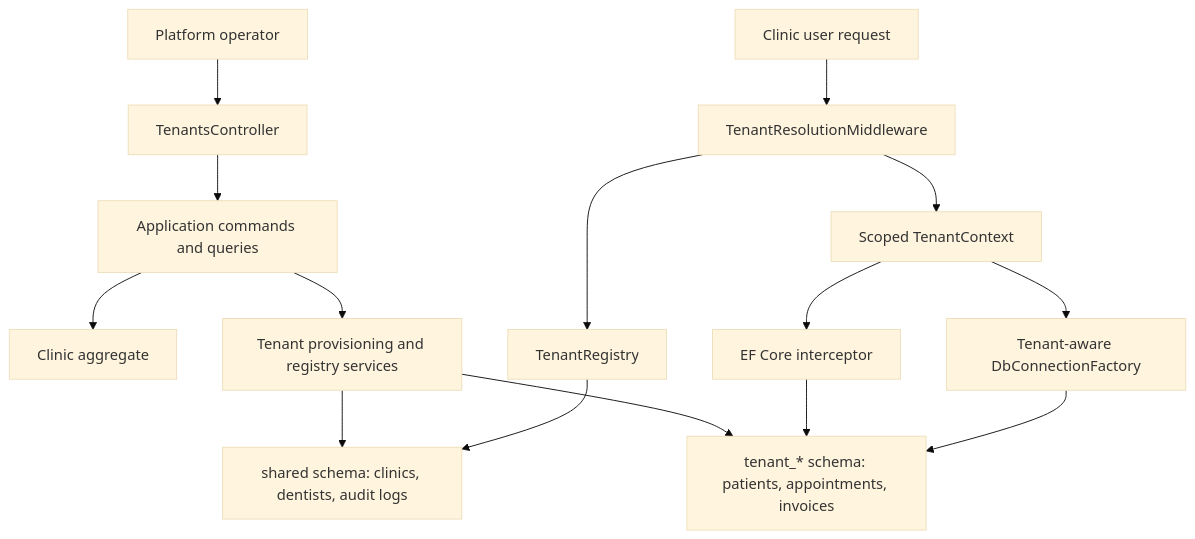
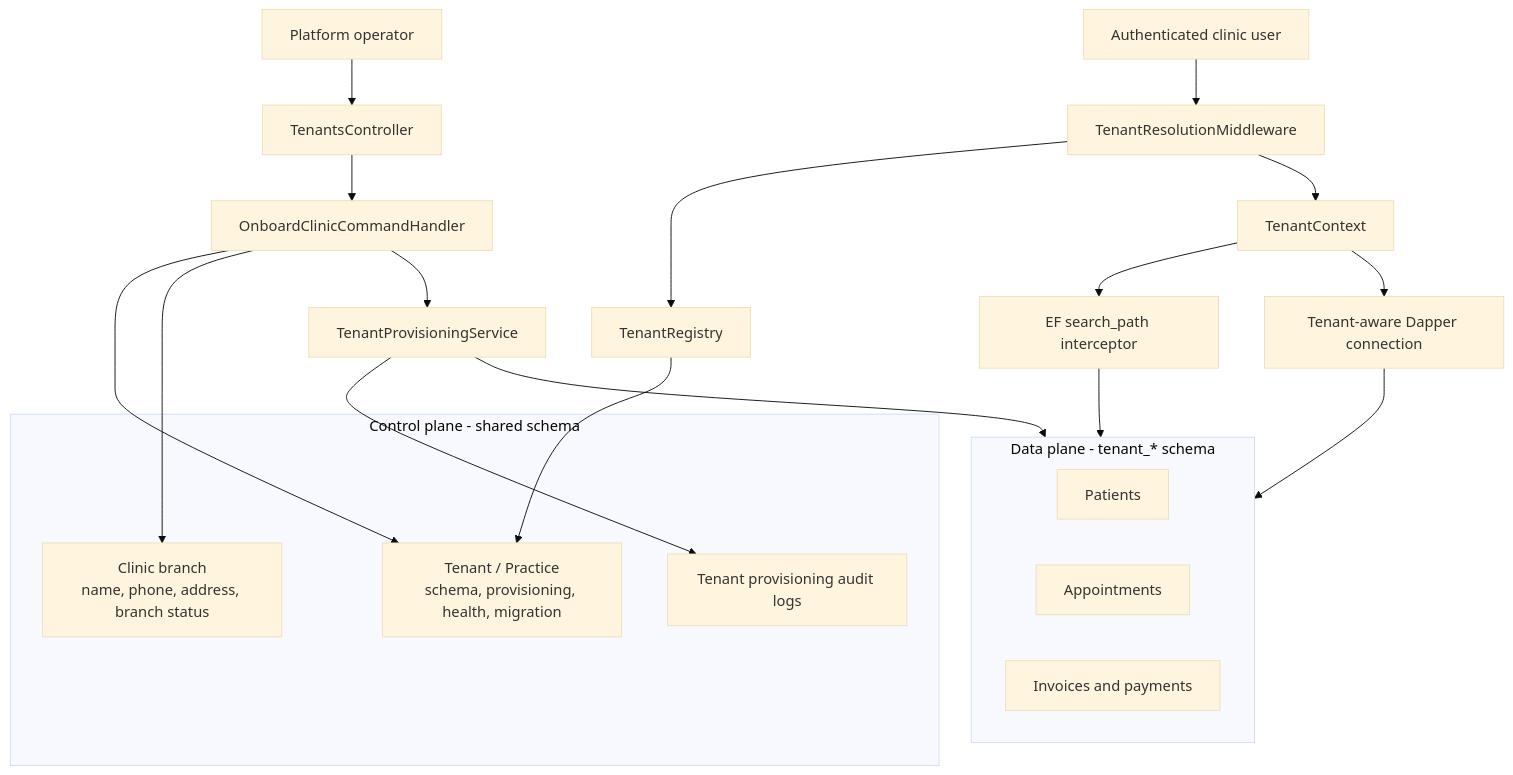
Before and after one commit to Bishoy-Mmb/CliniKey: the diagram in learning-journey/003-tenant-provisioning/README.md, drawn with Mermaid (base theme). The commit also changed other lines of this file and 2 other files, not shown here.

First line of the commit message:
Document tenant provisioning flow

````diff
--- a/learning-journey/003-tenant-provisioning/README.md
+++ b/learning-journey/003-tenant-provisioning/README.md
@@ -77,18 +49,31 @@
 ```mermaid
 flowchart TB
-    Operator["Platform operator"] --> API["TenantsController"]
-    API --> App["Application commands and queries"]
-    App --> Domain["Clinic aggregate"]
-    App --> Infra["Tenant provisioning and registry services"]
-    Infra --> Shared["shared schema: clinics, dentists, audit logs"]
-    Infra --> Tenant["tenant_* schema: patients, appointments, invoices"]
+    subgraph Control["Control plane - shared schema"]
+        Tenant["Tenant / Practice<br/>schema, provisioning, health, migration"]
+        Clinic["Clinic branch<br/>name, phone, address, branch status"]
+        Audit["Tenant provisioning audit logs"]
+    end
 
-    User["Clinic user request"] --> Middleware["TenantResolutionMiddleware"]
+    subgraph Data["Data plane - tenant_* schema"]
+        Patients["Patients"]
+        Appointments["Appointments"]
+        Billing["Invoices and payments"]
+    end
+
+    Operator["Platform operator"] --> Controller["TenantsController"]
+    Controller --> Onboard["OnboardClinicCommandHandler"]
+    Onboard --> Tenant
+    Onboard --> Clinic
+    Onboard --> Provision["TenantProvisioningService"]
+    Provision --> Data
+    Provision --> Audit
+
+    User["Authenticated clinic user"] --> Middleware["TenantResolutionMiddleware"]
     Middleware --> Registry["TenantRegistry"]
-    Registry --> Shared
-    Middleware --> Context["Scoped TenantContext"]
-    Context --> EF["EF Core interceptor"]
-    Context --> Dapper["Tenant-aware DbConnectionFactory"]
-    EF --> Tenant
-    Dapper --> Tenant
+    Registry --> Tenant
+    Middleware --> Context["TenantContext"]
+    Context --> Ef["EF search_path interceptor"]
+    Context --> Dapper["Tenant-aware Dapper connection"]
+    Ef --> Data
+    Dapper --> Data
 ```
````
